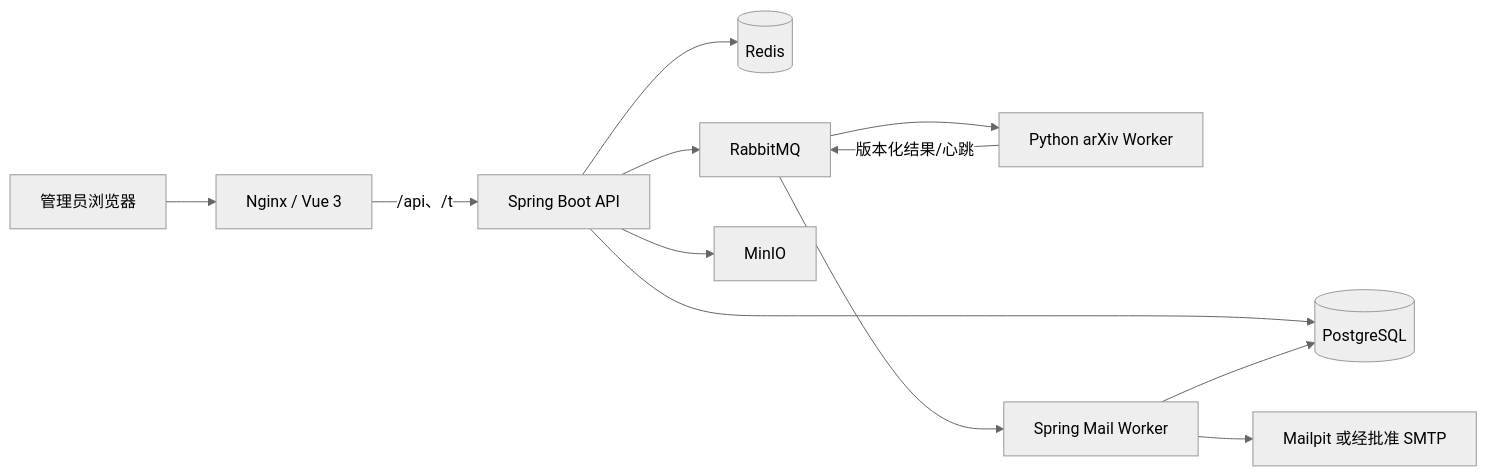
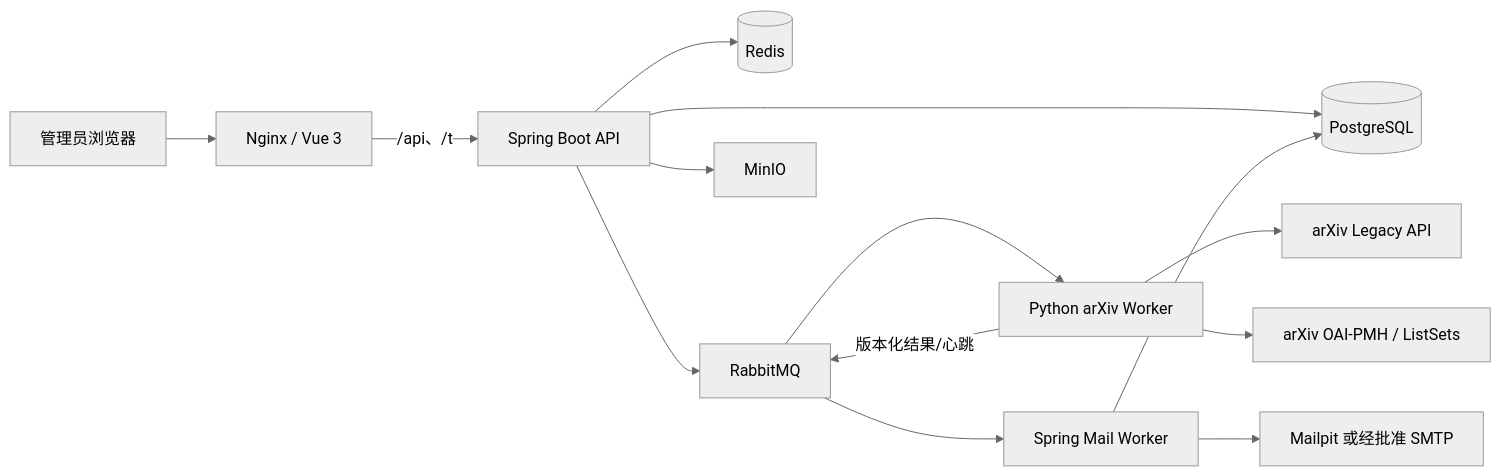
Before and after one commit to MRNOBODY-ZST/CaMelArxivAdv: the diagram in docs/ARCHITECTURE.md, drawn with Mermaid (neutral theme). The commit also changed other lines of this file and 63 other files, not shown here.

````diff
--- a/docs/ARCHITECTURE.md
+++ b/docs/ARCHITECTURE.md
@@ -7,14 +7,16 @@
 ```mermaid
 flowchart LR
     U["管理员浏览器"] --> N["Nginx / Vue 3"]
     N -->|"/api、/t"| A["Spring Boot API"]
     A --> P[("PostgreSQL")]
     A --> R[("Redis")]
     A --> Q["RabbitMQ"]
     A --> O["MinIO"]
     Q --> W["Python arXiv Worker"]
     Q --> M["Spring Mail Worker"]
     W -->|"版本化结果/心跳"| Q
+    W --> L["arXiv Legacy API"]
+    W --> H["arXiv OAI-PMH / ListSets"]
     M --> D["Mailpit 或经批准 SMTP"]
     M --> P
 ```
````
